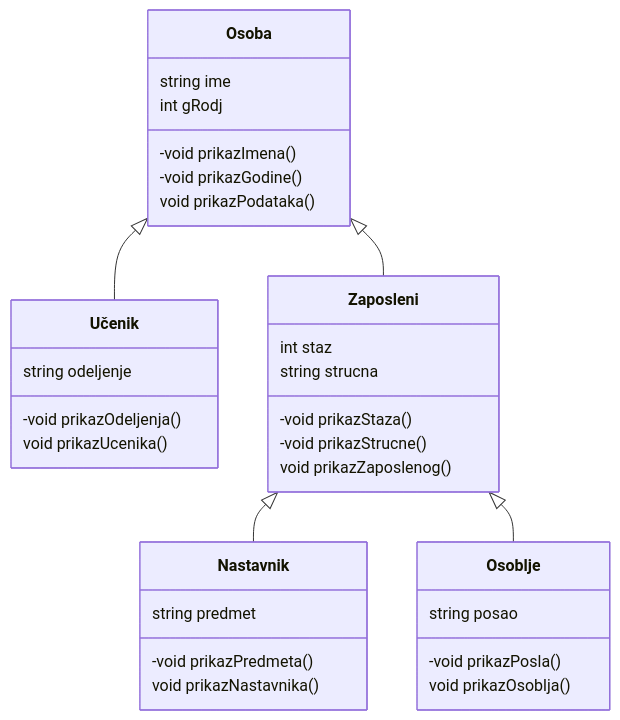
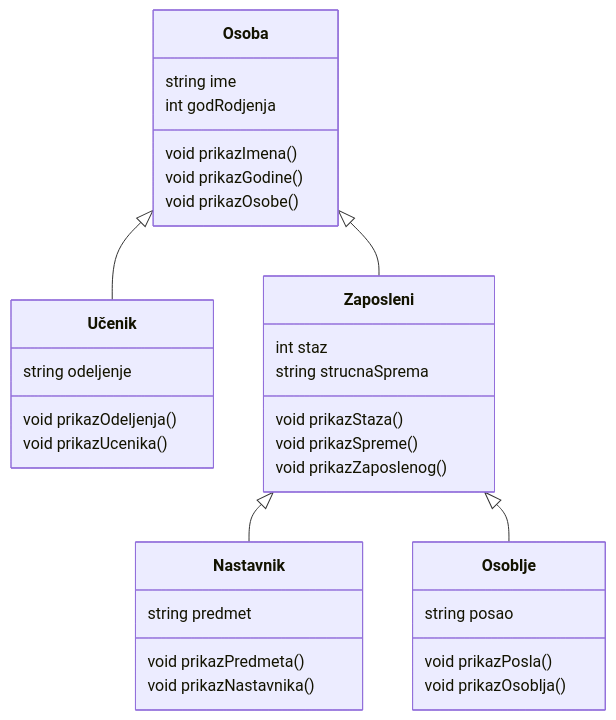
Before and after one commit to Petlja/etit3_prog: the diagram in source/1_osnovni_koncepti_oop/nasledjivanje.md, drawn with Mermaid. The commit also changed other lines of this file and 6 other files, not shown here.

```diff
--- a/source/1_osnovni_koncepti_oop/nasledjivanje.md
+++ b/source/1_osnovni_koncepti_oop/nasledjivanje.md
@@ -80,34 +17,36 @@
 <pre class="mermaid">
     classDiagram
     Osoba <|-- Učenik
     Osoba <|-- Zaposleni
     Zaposleni <| -- Nastavnik
     Zaposleni <| -- Osoblje
-    Osoba : string ime
-    Osoba : int gRodj
-    Osoba : -void prikazImena()
-    Osoba : -void prikazGodine()
-    Osoba : void prikazPodataka()
+    class Osoba{
+        string ime
+        int godRodjenja
+        void prikazImena()
+        void prikazGodine()
+        void prikazOsobe()
+    }
     class Učenik{
         string odeljenje
-        -void prikazOdeljenja()
+        void prikazOdeljenja()
         void prikazUcenika()
     }
     class Zaposleni{
         int staz
-        string strucna
-        -void prikazStaza()
-        -void prikazStrucne()
+        string strucnaSprema
+        void prikazStaza()
+        void prikazSpreme()
         void prikazZaposlenog()
     }
     class Nastavnik{
         string predmet
-        -void prikazPredmeta()
+        void prikazPredmeta()
         void prikazNastavnika()
     }
     class Osoblje{
         string posao
-        -void prikazPosla()
+        void prikazPosla()
         void prikazOsoblja()
     }
 </pre>
```
